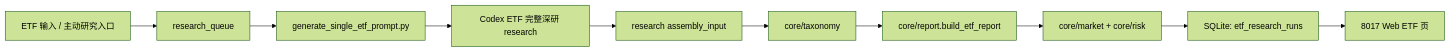
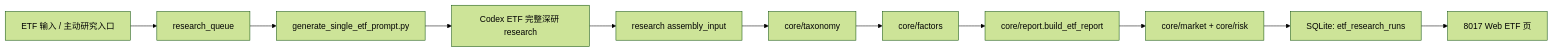
One commit to imherro/MyInvestETF changed the diagram in docs/ARCHITECTURE.md. Above: the diagram before and after it, drawn with Mermaid (forest theme). The commit also changed other lines of this file and 15 other files, not shown here.

````diff
--- a/docs/ARCHITECTURE.md
+++ b/docs/ARCHITECTURE.md
@@ -20,12 +21,13 @@
 ```mermaid
 flowchart LR
   A["ETF 输入 / 主动研究入口"] --> B["research_queue"]
   B --> C["generate_single_etf_prompt.py"]
   C --> D["Codex ETF 完整深研 research"]
   D --> E["research assembly_input"]
   E --> T["core/taxonomy"]
-  T --> F["core/report.build_etf_report"]
+  T --> X["core/factors"]
+  X --> F["core/report.build_etf_report"]
   F --> M["core/market + core/risk"]
   M --> G["SQLite: etf_research_runs"]
   G --> H["8017 Web ETF 页"]
 ```
````
